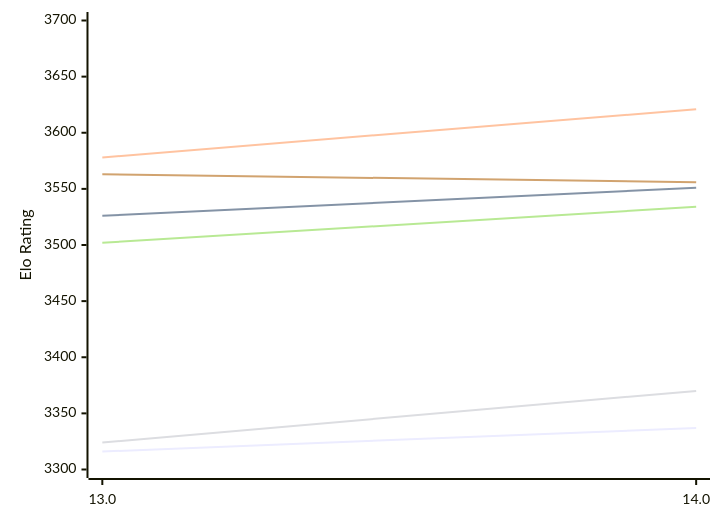
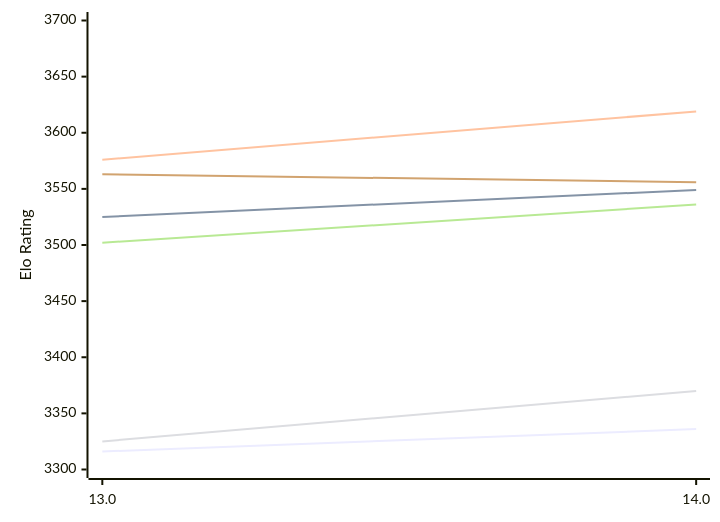
One commit to computer-chess-index/cci changed the first of 2 diagrams in engines/Tcheran.md. Above: the diagram before and after it, drawn with Mermaid. The commit also changed other lines of this file, not shown here.

Commit message:
Update CCI Ratings (ELO VLTC) - 2026-11-28

````diff
--- a/engines/Tcheran.md
+++ b/engines/Tcheran.md
@@ -55,12 +55,12 @@
 ```mermaid
 %%{init: {"theme":"base","themeVariables":{"seriesColors:['#a3a3a3','#222221','#faa371']}}}%%
 xychart-beta
   x-axis ["13.0", "14.0"]
   y-axis "Elo Rating" 3300 --> 3700
-  line "E1: STC (8.0+0.08s)" [3316, 3337]
-  line "E1: LTC (60.0+0.60s)" [3526, 3551]
-  line "E1: VLTC (2m24s+1.12s)" [3578, 3621]
-  line "P1: STC (8.0+0.08s)" [3324, 3370]
-  line "P1: LTC (60.0+0.60s)" [3502, 3534]
+  line "E1: STC (8.0+0.08s)" [3316, 3336]
+  line "E1: LTC (60.0+0.60s)" [3525, 3549]
+  line "E1: VLTC (2m24s+1.12s)" [3576, 3619]
+  line "P1: STC (8.0+0.08s)" [3325, 3370]
+  line "P1: LTC (60.0+0.60s)" [3502, 3536]
   line "P1: VLTC (2m24s+1.12s)" [3563, 3556]
 ```
````
